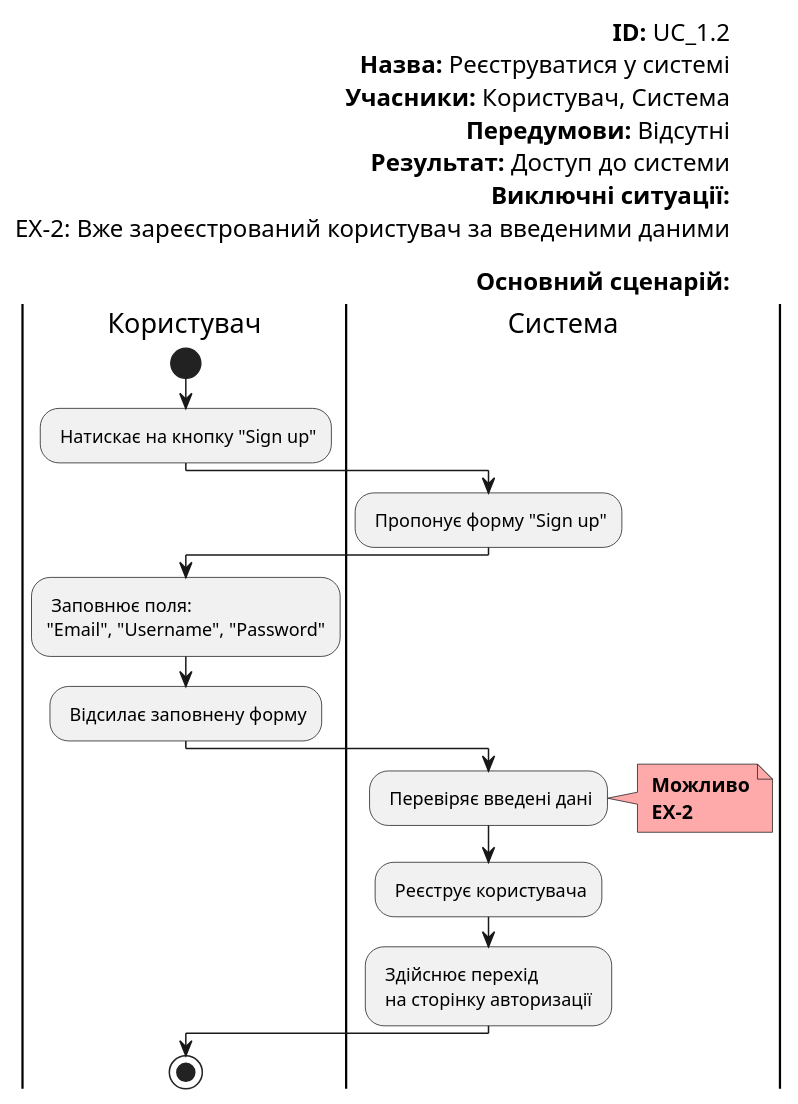
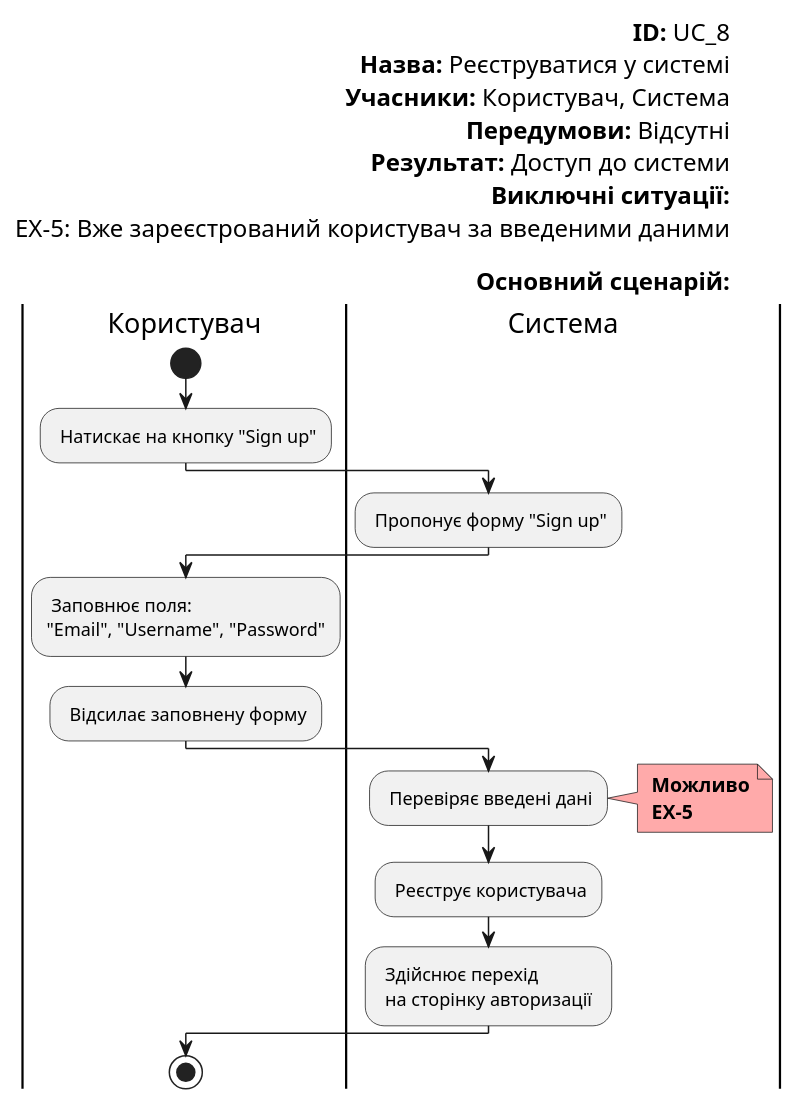
Diagram 13 of 13 in docs/use cases/README.md (horidor/open-data-management-system), drawn with PlantUML before and after one commit. The commit also changed other lines of this file, not shown here.

```diff
--- a/docs/use cases/README.md
+++ b/docs/use cases/README.md
@@ -372,33 +373,33 @@
 @startuml
 
     left header
-        <font color=000 size=16><b>ID:</b> UC_1.2
+        <font color=000 size=16><b>ID:</b> UC_8
         <font color=000 size=16><b>Назва:</b> Реєструватися у системі
         <font color=000 size=16><b>Учасники:</b> Користувач, Система
         <font color=000 size=16><b>Передумови:</b> Відсутні
         <font color=000 size=16><b>Результат:</b> Доступ до системи
         <font color=000 size=16><b>Виключні ситуації:</b>
-        <font color=000 size=16>EX-2: Вже зареєстрований користувач за введеними даними
+        <font color=000 size=16>EX-5: Вже зареєстрований користувач за введеними даними
         
         <font color=000 size=16><b>Основний сценарій:</b>
     end header
 
     |Користувач|
         start
         : Натискає на кнопку "Sign up";
     |Система|
         : Пропонує форму "Sign up";
     |Користувач|
         : Заповнює поля:\n"Email", "Username", "Password";
         : Відсилає заповнену форму;
     |Система|
         : Перевіряє введені дані;
         note right #ffaaaa
         <b> Можливо
-        <b> EX-2
+        <b> EX-5
         end note
         : Реєструє користувача;
         : Здійснює перехід\n на сторінку авторизації ;
     |Користувач|
         stop;
 @enduml
```
